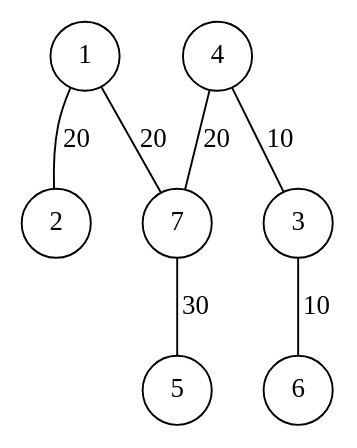
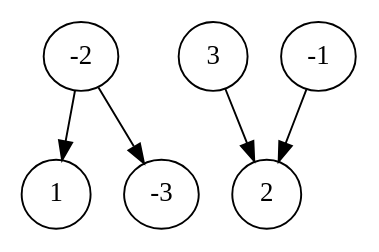
Before and after one commit to GoncaloP0710/Desenho-Anlise-Algoritmos: the diagram in TPs/TP_2/temp.dot, drawn with Graphviz. The commit also changed 3 other files, not shown here.

```diff
--- a/TPs/TP_2/temp.dot
+++ b/TPs/TP_2/temp.dot
@@ -1,21 +1,12 @@
-strict graph "" {
+strict digraph "" {
 	1	[width=0.5];
 	2	[width=0.5];
-	1 -- 2	[label=20,
-		weight=20];
-	7	[width=0.5];
-	1 -- 7	[label=20,
-		weight=20];
-	4	[width=0.5];
-	4 -- 7	[label=20,
-		weight=20];
 	3	[width=0.5];
-	4 -- 3	[label=10,
-		weight=10];
-	5	[width=0.5];
-	7 -- 5	[label=30,
-		weight=30];
-	6	[width=0.5];
-	3 -- 6	[label=10,
-		weight=10];
+	3 -> 2;
+	-2	[width=0.5];
+	-2 -> 1;
+	-3	[width=0.5];
+	-2 -> -3;
+	-1	[width=0.5];
+	-1 -> 2;
 }
```
